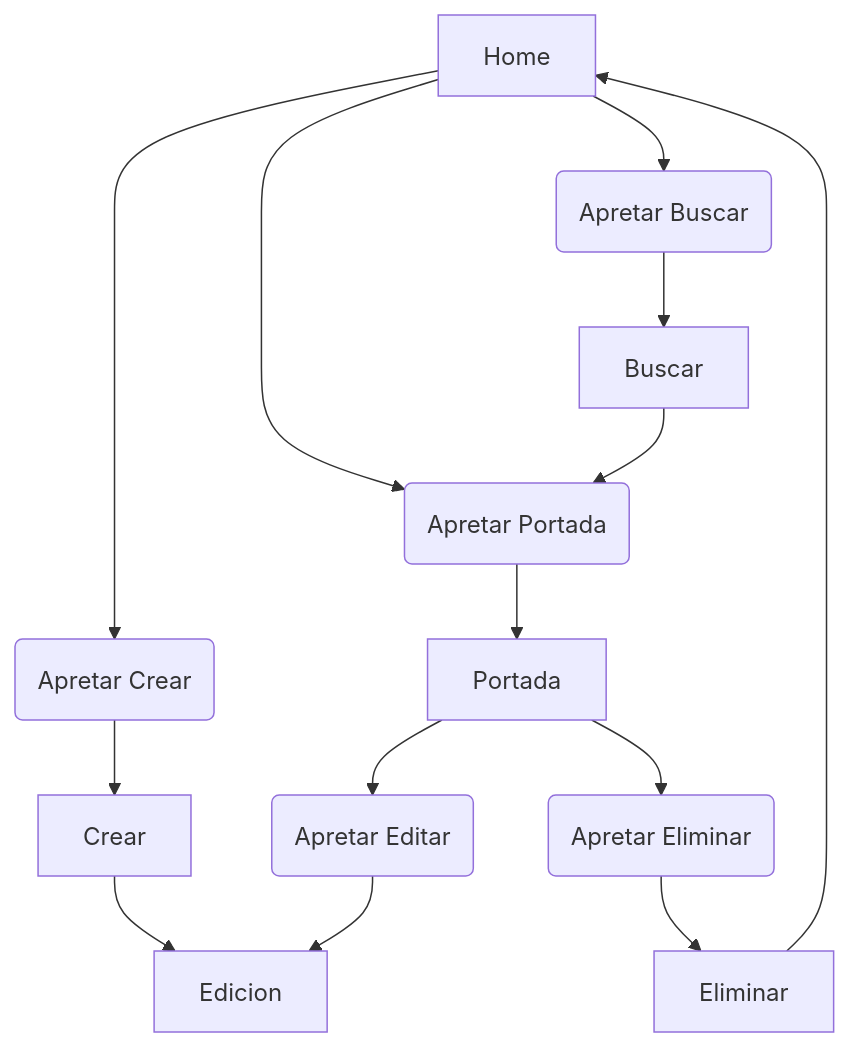
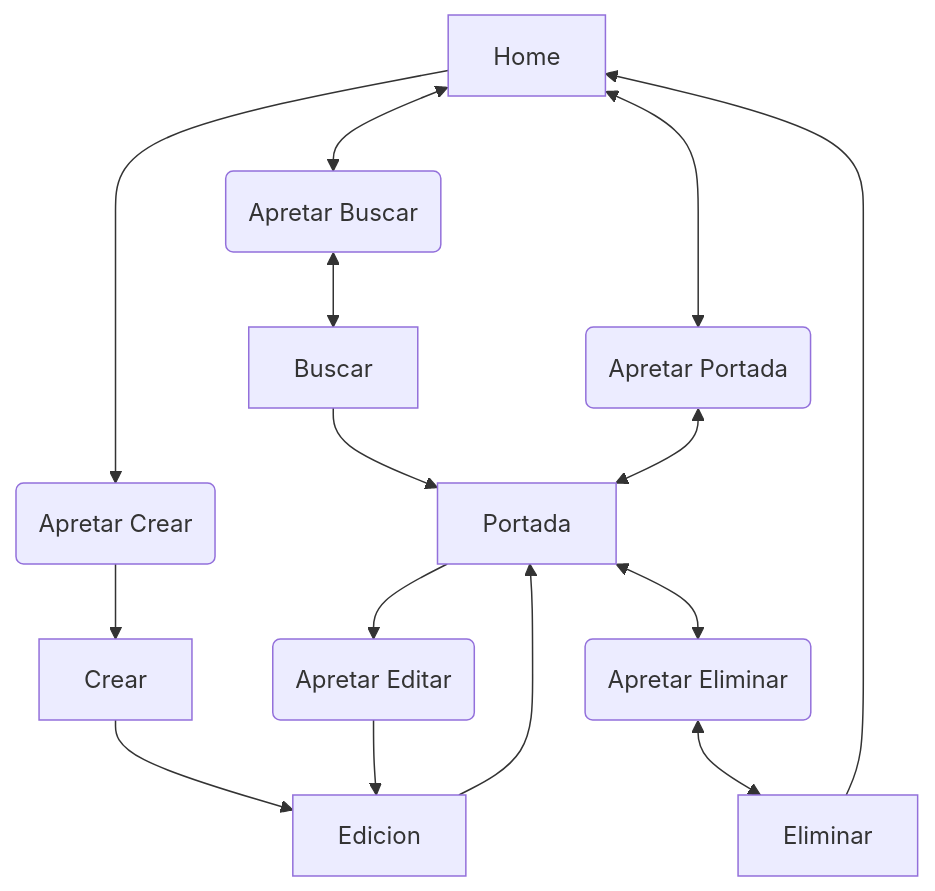
Before and after one commit to Kiivu1/DoodleNote: the diagram in README.md, drawn with Mermaid. The commit also changed 16 other files, not shown here.

````diff
--- a/README.md
+++ b/README.md
@@ -24,36 +24,26 @@
 ```mermaid
 flowchart TD
     Home[Home]
     Page[Portada]
     Edit[Edicion]
     Create[Crear]
     Search[Buscar]
     Delete[Eliminar]
 
     P(Apretar Portada)
     E(Apretar Editar)
     C(Apretar Crear)
     S(Apretar Buscar)
     D(Apretar Eliminar)
 
+    Home <--> S <--> Search
+    Search --> Page
+    Home --> C --> Create
+    Create --> Edit
+    Home <--> P <--> Page
+    Page --> E --> Edit
+    Page <--> D <--> Delete
+    Delete --> Home
 
-    Home --> P
-    P --> Page
-
-    Home --> C
-    C --> Create
-    Create --> Edit
-
-    Page --> E
-    E --> Edit
-
-    Home --> S
-    S --> Search
-
-    Search --> P
-
-    Page --> D
-    D --> Delete
-
-    Delete --> Home
+    Edit --> Page
 ```
````
